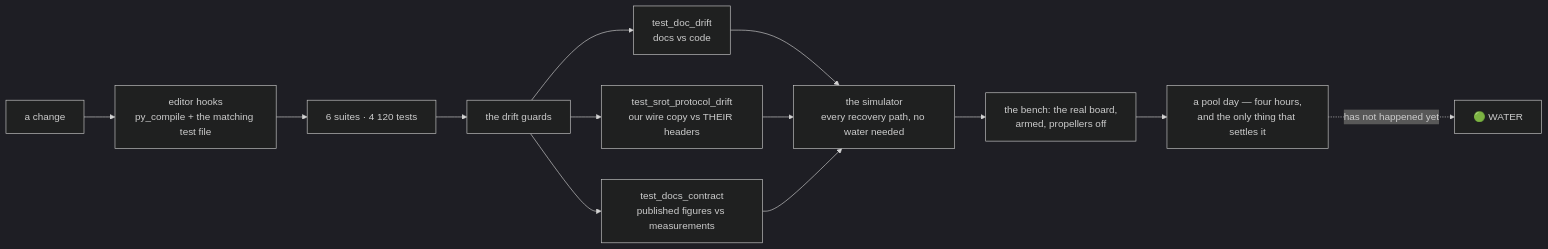
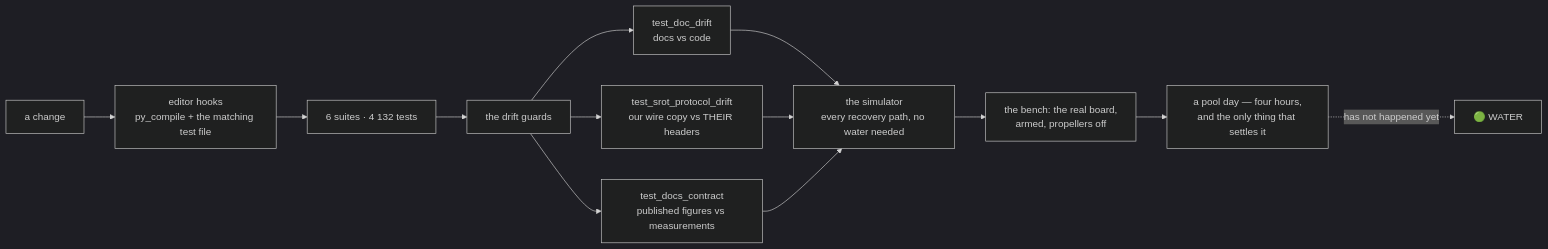
Before and after one commit to fh1m/mongla_ws: the ninth of 10 diagrams in README.md, drawn with Mermaid (dark theme). The commit also changed other lines of this file and 12 other files, not shown here.

````diff
--- a/README.md
+++ b/README.md
@@ -752,15 +752,15 @@
 ```mermaid
 flowchart LR
     DEV["a change"] --> HOOK["editor hooks<br/>py_compile + the matching test file"]
-    HOOK --> UNIT["6 suites · 4 120 tests"]
+    HOOK --> UNIT["6 suites · 4 132 tests"]
     UNIT --> GUARD["the drift guards"]
     GUARD --> G1["test_doc_drift<br/>docs vs code"]
     GUARD --> G2["test_srot_protocol_drift<br/>our wire copy vs THEIR headers"]
     GUARD --> G3["test_docs_contract<br/>published figures vs measurements"]
     G1 --> SIM["the simulator<br/>every recovery path, no water needed"]
     G2 --> SIM
     G3 --> SIM
     SIM --> BENCH["the bench: the real board,<br/>armed, propellers off"]
     BENCH --> POOL["a pool day — four hours,<br/>and the only thing that settles it"]
     POOL -.->|"has not happened yet"| WATER["🟢 WATER"]
 ```
````
